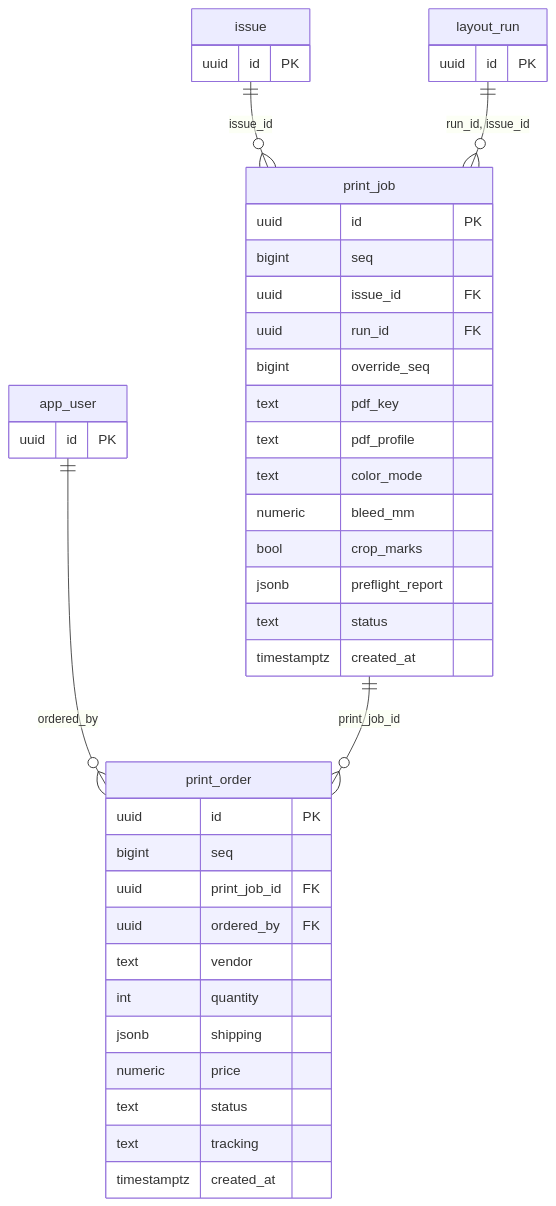
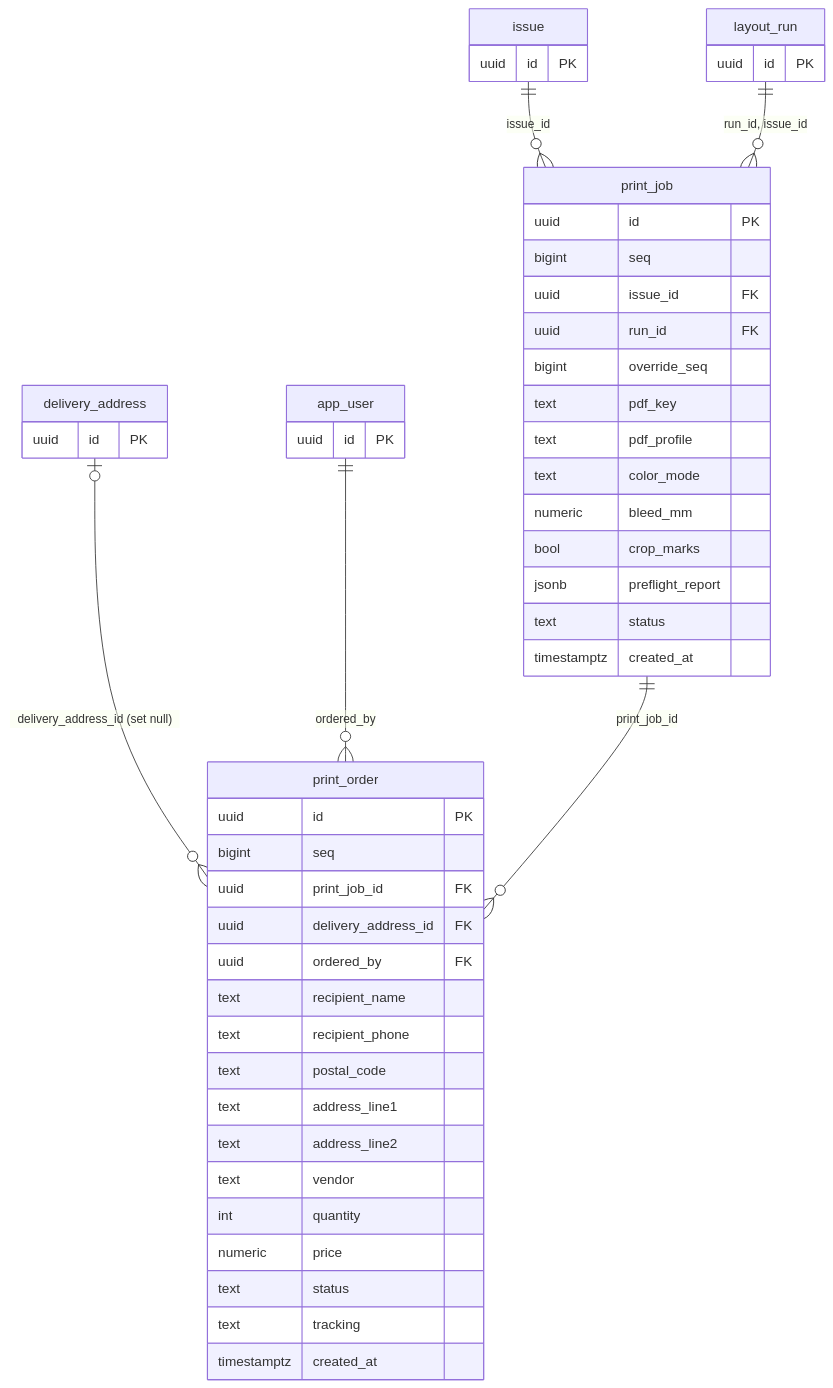
Before and after one commit to js1211-code/bogomagazine: the tenth of 10 diagrams in docs/erd.md, drawn with Mermaid. The commit also changed other lines of this file and 35 other files, not shown here.

````diff
--- a/docs/erd.md
+++ b/docs/erd.md
@@ -715,44 +679,53 @@
 ```mermaid
 erDiagram
     "issue" ||--o{ "print_job" : "issue_id"
     "layout_run" ||--o{ "print_job" : "run_id, issue_id"
+    "delivery_address" |o--o{ "print_order" : "delivery_address_id (set null)"
     "app_user" ||--o{ "print_order" : "ordered_by"
     "print_job" ||--o{ "print_order" : "print_job_id"
     "print_job" {
         uuid id PK
         bigint seq
         uuid issue_id FK
         uuid run_id FK
         bigint override_seq
         text pdf_key
         text pdf_profile
         text color_mode
         numeric bleed_mm
         bool crop_marks
         jsonb preflight_report
         text status
         timestamptz created_at
     }
     "print_order" {
         uuid id PK
         bigint seq
         uuid print_job_id FK
+        uuid delivery_address_id FK
         uuid ordered_by FK
+        text recipient_name
+        text recipient_phone
+        text postal_code
+        text address_line1
+        text address_line2
         text vendor
         int quantity
-        jsonb shipping
         numeric price
         text status
         text tracking
         timestamptz created_at
     }
     "app_user" {
+        uuid id PK
+    }
+    "delivery_address" {
         uuid id PK
     }
     "issue" {
         uuid id PK
     }
     "layout_run" {
         uuid id PK
     }
 ```
````
